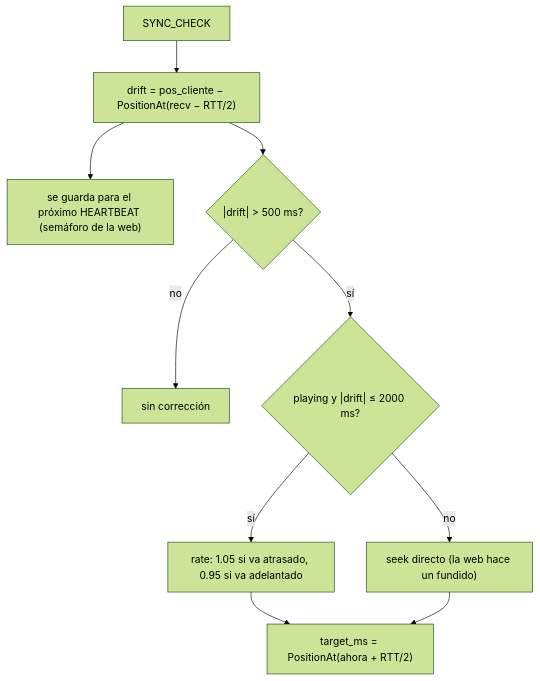
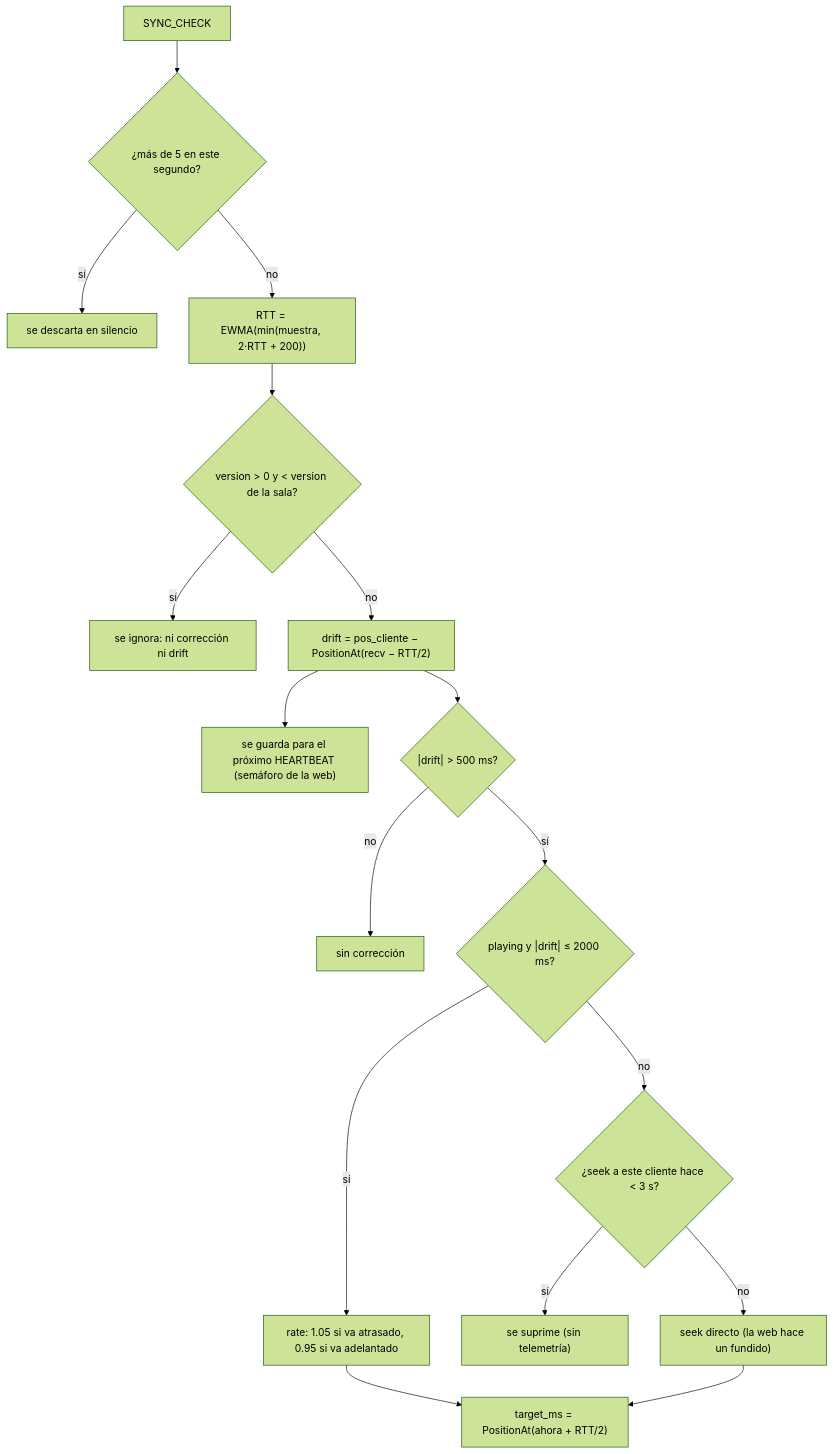
The eighth of 20 diagrams in docs/dominio-reproduccion.md (N1ghtlyC0de/TINT), drawn with Mermaid (forest theme) before and after one commit. The commit also changed other lines of this file and 3 other files, not shown here.

````diff
--- a/docs/dominio-reproduccion.md
+++ b/docs/dominio-reproduccion.md
@@ -439,11 +441,18 @@
 ```mermaid
 flowchart TD
-    A["SYNC_CHECK"] --> B["drift = pos_cliente − PositionAt(recv − RTT/2)"]
+    A["SYNC_CHECK"] --> L{"¿más de 5 en este segundo?"}
+    L -- sí --> X["se descarta en silencio"]
+    L -- no --> R["RTT = EWMA(min(muestra, 2·RTT + 200))"]
+    R --> V{"version > 0 y < version de la sala?"}
+    V -- sí --> Y["se ignora: ni corrección ni drift"]
+    V -- no --> B["drift = pos_cliente − PositionAt(recv − RTT/2)"]
     B --> M["se guarda para el próximo HEARTBEAT (semáforo de la web)"]
     B --> C{"|drift| > 500 ms?"}
     C -- no --> D["sin corrección"]
     C -- sí --> E{"playing y |drift| ≤ 2000 ms?"}
     E -- sí --> F["rate: 1.05 si va atrasado, 0.95 si va adelantado"]
-    E -- no --> G["seek directo (la web hace un fundido)"]
+    E -- no --> K{"¿seek a este cliente hace < 3 s?"}
+    K -- sí --> Z["se suprime (sin telemetría)"]
+    K -- no --> G["seek directo (la web hace un fundido)"]
     F & G --> H["target_ms = PositionAt(ahora + RTT/2)"]
 ```
````
